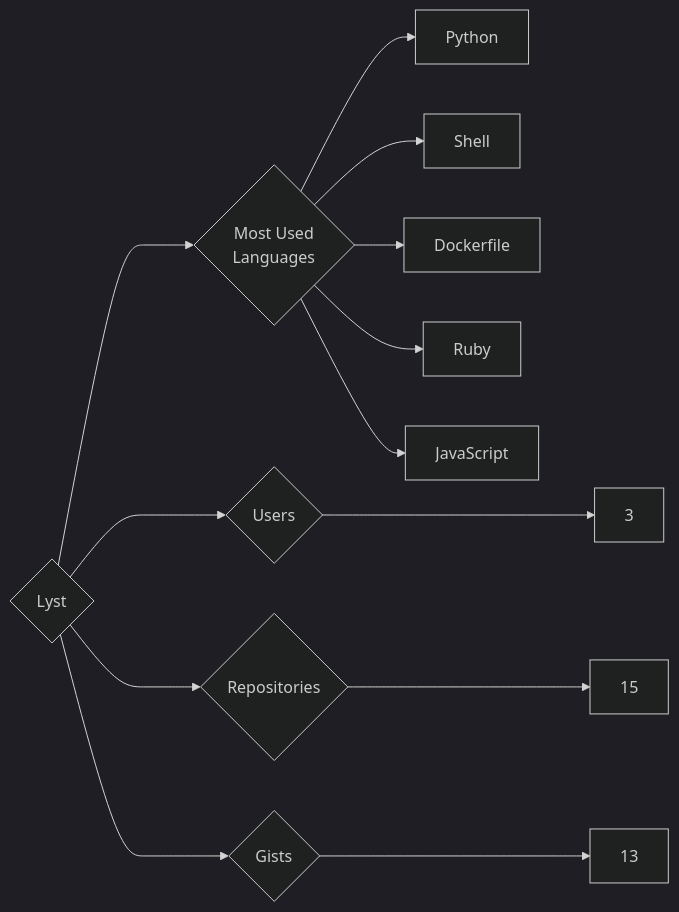
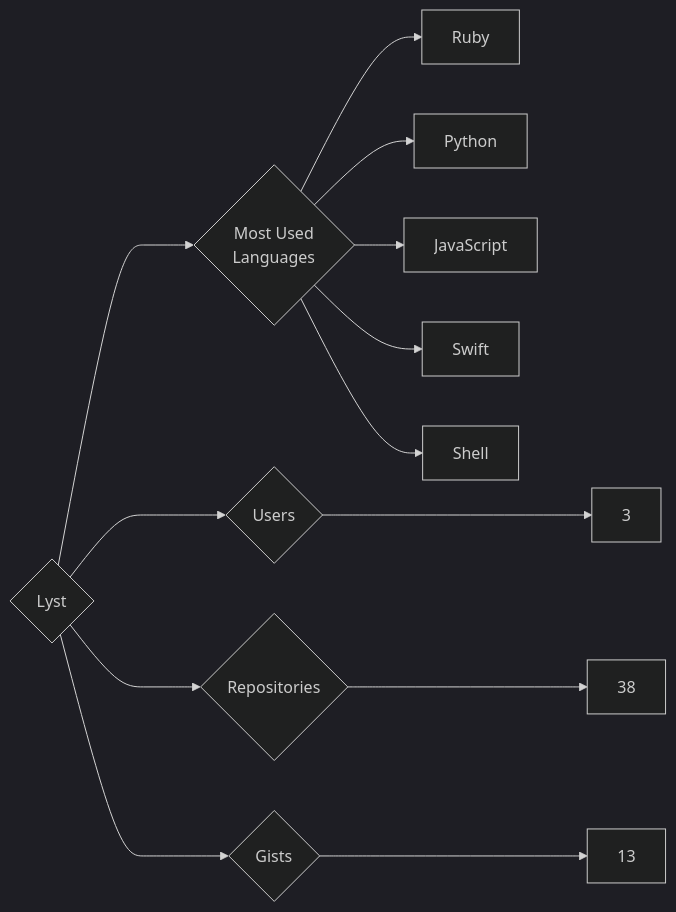
One commit to trickest/insiders changed the diagram in targets/Lyst/README.md. Above: the diagram before and after it, drawn with Mermaid (dark theme). The commit also changed 953 other files, not shown here.

````diff
--- a/targets/Lyst/README.md
+++ b/targets/Lyst/README.md
@@ -3,13 +3,13 @@
 ```mermaid
 graph LR
 COMPANY_NAME{Lyst}
 COMPANY_NAME ---> U{Users} ---> UN[3]
-COMPANY_NAME ---> R{Repositories} ---> RN[15]
+COMPANY_NAME ---> R{Repositories} ---> RN[38]
 COMPANY_NAME ---> G{Gists} ---> GN[13]
 COMPANY_NAME ---> ML{Most Used<br>Languages}
+ML --> Ruby[Ruby]
 ML --> Python[Python]
+ML --> JavaScript[JavaScript]
+ML --> Swift[Swift]
 ML --> Shell[Shell]
-ML --> Dockerfile[Dockerfile]
-ML --> Ruby[Ruby]
-ML --> JavaScript[JavaScript]
 ```
````
